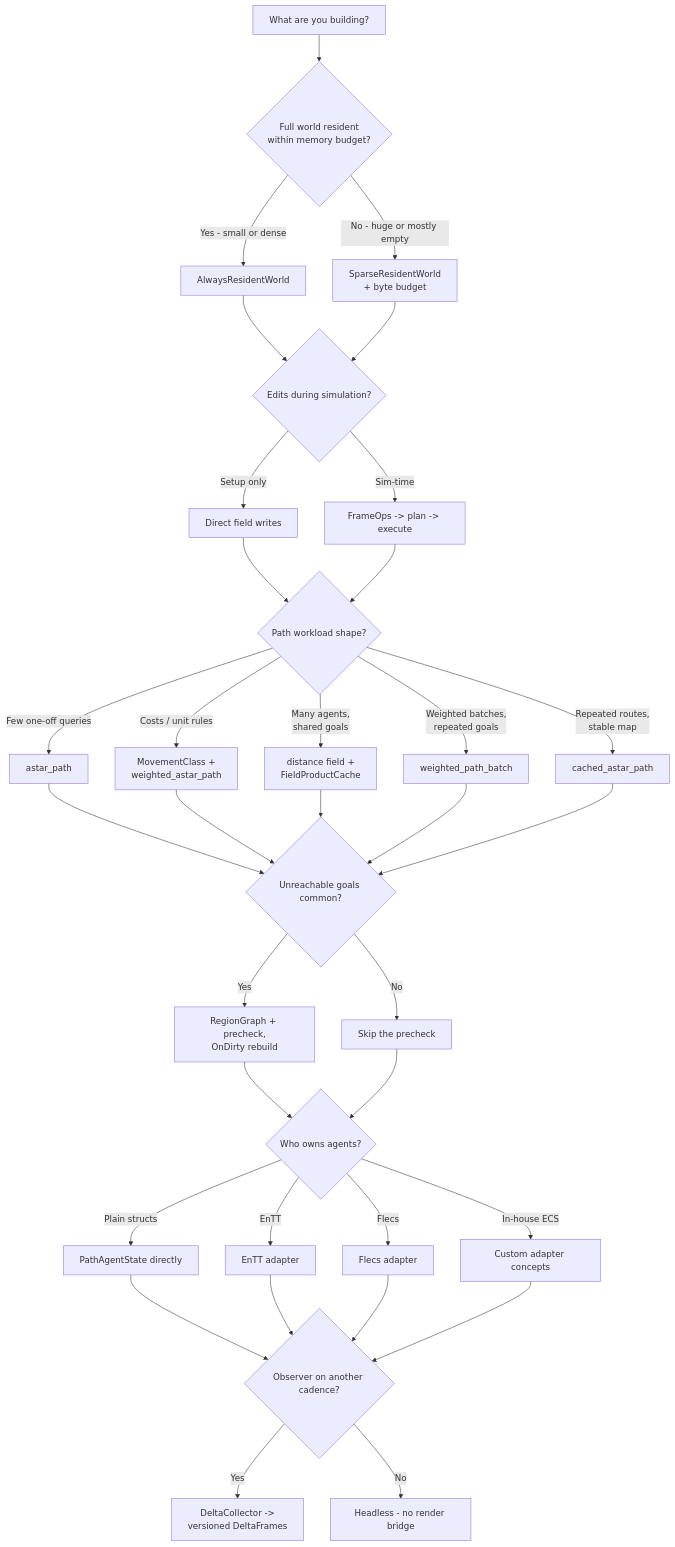
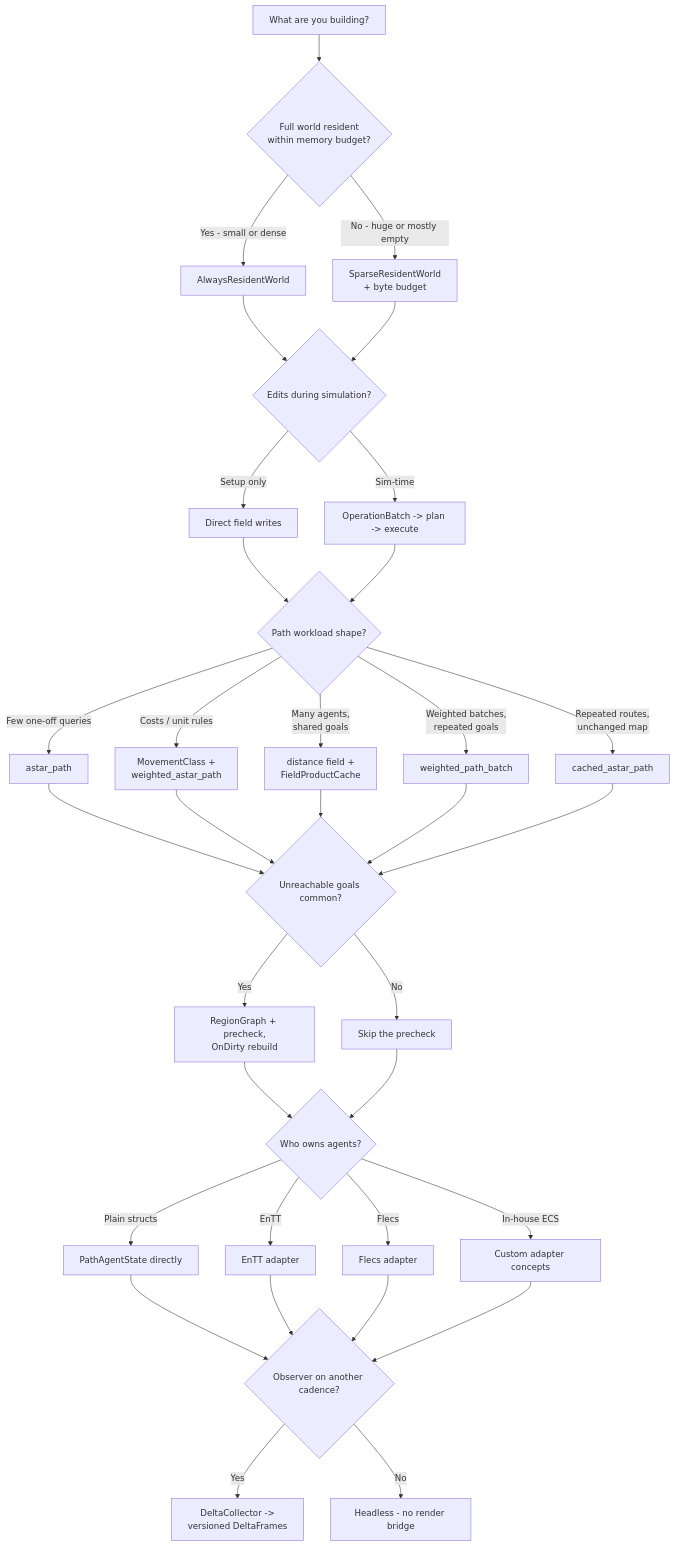
Before and after one commit to kindjie/tess: the diagram in docs/guide/README.md, drawn with Mermaid. The commit also changed 235 other files, not shown here.

````diff
--- a/docs/guide/README.md
+++ b/docs/guide/README.md
@@ -10,48 +10,48 @@
 ```mermaid
 flowchart TB
   accTitle: Decision-guide route map
   accDescr: Routes a project from memory budget through write path, path strategy, topology, entities, and presentation decisions.
 
   Start["What are you building?"] --> Mem{"Full world resident
 within memory budget?"}
   Mem -->|"Yes - small or dense"| Dense["AlwaysResidentWorld"]
   Mem -->|"No - huge or mostly empty"| Sparse["SparseResidentWorld
 + byte budget"]
   Dense --> Edit{"Edits during simulation?"}
   Sparse --> Edit
   Edit -->|"Setup only"| Direct["Direct field writes"]
-  Edit -->|"Sim-time"| Queued["FrameOps -> plan -> execute"]
+  Edit -->|"Sim-time"| Queued["OperationBatch -> plan -> execute"]
   Direct --> Load{"Path workload shape?"}
   Queued --> Load
   Load -->|"Few one-off queries"| AStar["astar_path"]
   Load -->|"Costs / unit rules"| Weighted["MovementClass +
 weighted_astar_path"]
   Load -->|"Many agents,
 shared goals"| FieldP["distance field +
 FieldProductCache"]
   Load -->|"Weighted batches,
 repeated goals"| Batch["weighted_path_batch"]
   Load -->|"Repeated routes,
-stable map"| Route["cached_astar_path"]
+unchanged map"| Route["cached_astar_path"]
   AStar --> Pre{"Unreachable goals common?"}
   Weighted --> Pre
   FieldP --> Pre
   Batch --> Pre
   Route --> Pre
   Pre -->|"Yes"| Graph["RegionGraph + precheck,
 OnDirty rebuild"]
   Pre -->|"No"| NoPre["Skip the precheck"]
   Graph --> Own{"Who owns agents?"}
   NoPre --> Own
   Own -->|"Plain structs"| NoEcs["PathAgentState directly"]
   Own -->|"EnTT"| Entt["EnTT adapter"]
   Own -->|"Flecs"| Flecs["Flecs adapter"]
   Own -->|"In-house ECS"| Custom["Custom adapter concepts"]
   NoEcs --> Show{"Observer on another cadence?"}
   Entt --> Show
   Flecs --> Show
   Custom --> Show
   Show -->|"Yes"| Deltas["DeltaCollector ->
 versioned DeltaFrames"]
   Show -->|"No"| Headless["Headless - no render bridge"]
 ```
````
